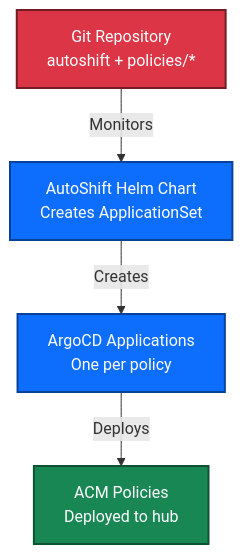
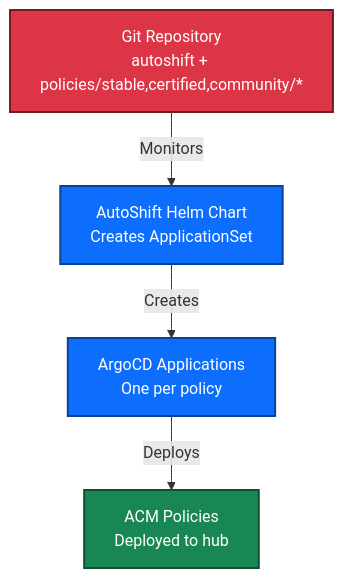
The first of 4 diagrams in docs/developer-guide.md (auto-shift/autoshiftv2), drawn with Mermaid before and after one commit. The commit also changed other lines of this file and 369 other files, not shown here.

````diff
--- a/docs/developer-guide.md
+++ b/docs/developer-guide.md
@@ -46,19 +46,19 @@
 ```mermaid
 flowchart TD
-    Git[Git Repository<br/>autoshift + policies/*]
+    Git[Git Repository<br/>autoshift + policies/stable,certified,community/*]
     AutoShift[AutoShift Helm Chart<br/>Creates ApplicationSet]
     Apps[ArgoCD Applications<br/>One per policy]
     Policies[ACM Policies<br/>Deployed to hub]
 
     Git -->|Monitors| AutoShift
     AutoShift -->|Creates| Apps
     Apps -->|Deploys| Policies
 
     classDef git fill:#dc3545,stroke:#721c24,stroke-width:2px,color:#ffffff
     classDef argo fill:#0d6efd,stroke:#084298,stroke-width:2px,color:#ffffff
     classDef policy fill:#198754,stroke:#0f5132,stroke-width:2px,color:#ffffff
 
     class Git git
     class AutoShift,Apps argo
     class Policies policy
 ```
````
